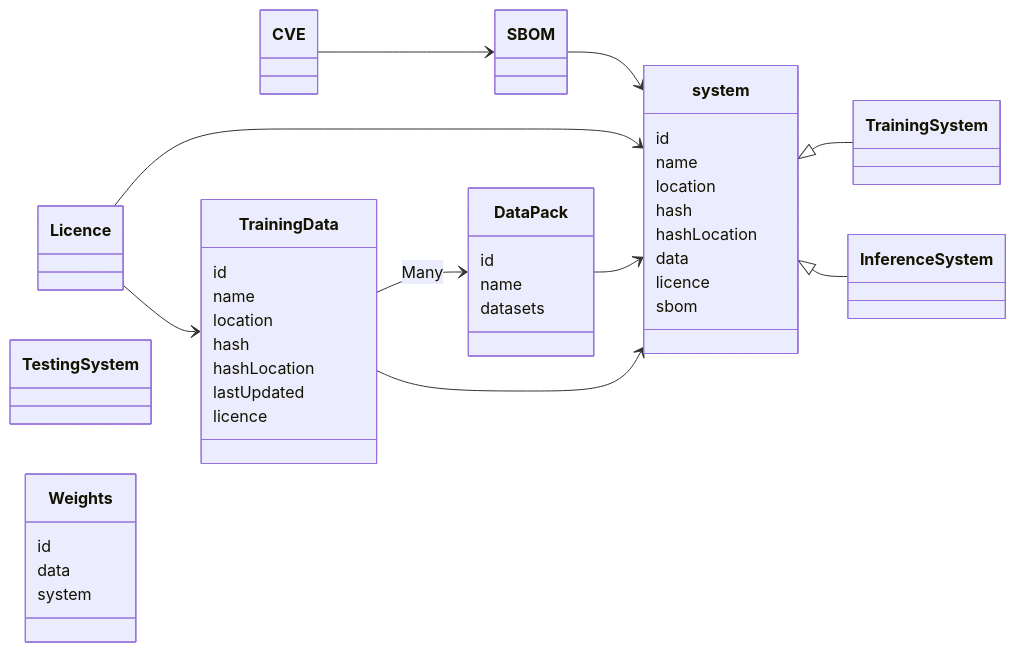
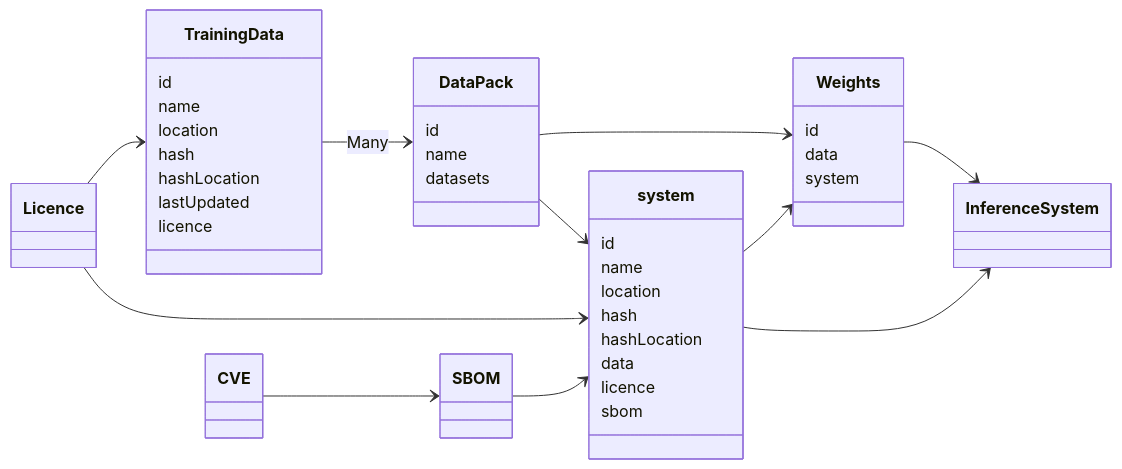
One commit to nqminds/Trusted-AI-BOM changed the diagram in packages/docusaurus/docs/working-docs/30-requirements-and-design/30-requirements-and-design.md. Above: the diagram before and after it, drawn with Mermaid.

Commit message:
[2024-10-22 14:28:43] Tony McCaigue: Requirements & Design

````diff
--- a/packages/docusaurus/docs/working-docs/30-requirements-and-design/30-requirements-and-design.md
+++ b/packages/docusaurus/docs/working-docs/30-requirements-and-design/30-requirements-and-design.md
@@ -7,68 +7,61 @@
 ```mermaid
 classDiagram 
     direction LR
 
     class DataPack {
         id
         name
         datasets
     }
 
     class TrainingData{
         id
         name
         location
         hash
         hashLocation
         lastUpdated
         licence
     }
 
     class Licence{
     }
 
     class CVE{
     }
 
     class SBOM {
     }
 
     class system {
         id
         name
         location
         hash
         hashLocation
         data
         licence
         sbom
     }
 
-    class TrainingSystem{
-    }
-
-    class TestingSystem{
-    }
 
     class InferenceSystem{
     }
     
     class Weights{
         id
         data
         system
     }
 
+    TrainingData  -->  DataPack: Many
+    DataPack --> system
+    DataPack --> Weights
+    Weights --> InferenceSystem
+    system --> Weights
+    system --> InferenceSystem
+    Licence --> system
+    Licence --> TrainingData
     CVE --> SBOM
     SBOM --> system
-    Licence --> system
-    Licence --> TrainingData
-    TrainingData  -->  DataPack: Many
-    DataPack --> system
-    TrainingData --> system
-
-
-    %% Inheritance to represent types of system
-    system <|-- TrainingSystem
-    system <|-- InferenceSystem
 ```
````
